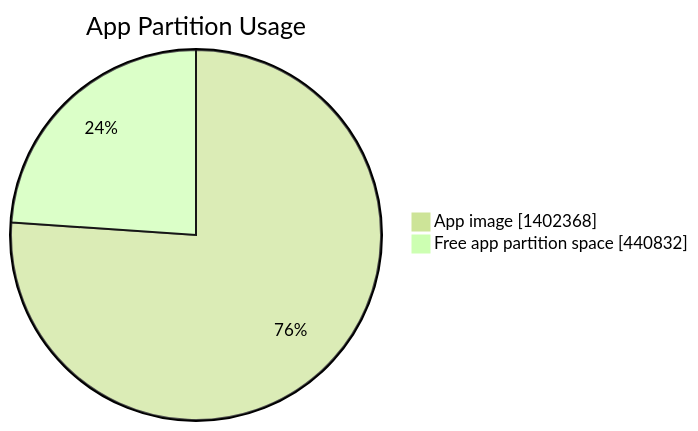
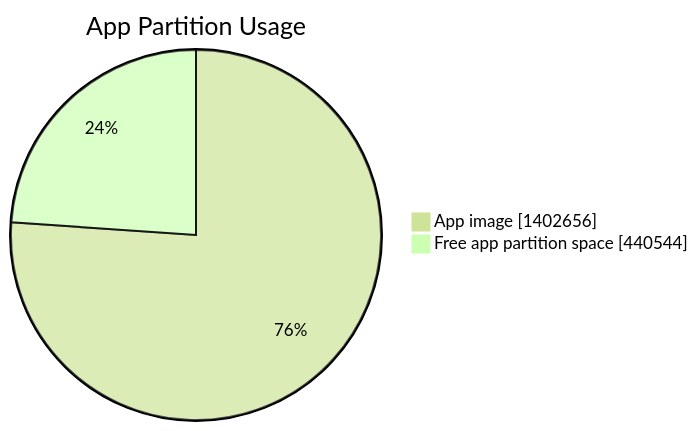
One commit to marcelpetrick/esp32-fever-dream changed the first of 2 diagrams in documents/firmware_breakdown.md. Above: the diagram before and after it, drawn with Mermaid (forest theme). The commit also changed other lines of this file and 3 other files, not shown here.

````diff
--- a/documents/firmware_breakdown.md
+++ b/documents/firmware_breakdown.md
@@ -17,6 +17,6 @@
 ```mermaid
 pie showData
     title App Partition Usage
-    "App image" : 1402368
-    "Free app partition space" : 440832
+    "App image" : 1402656
+    "Free app partition space" : 440544
 ```
````
